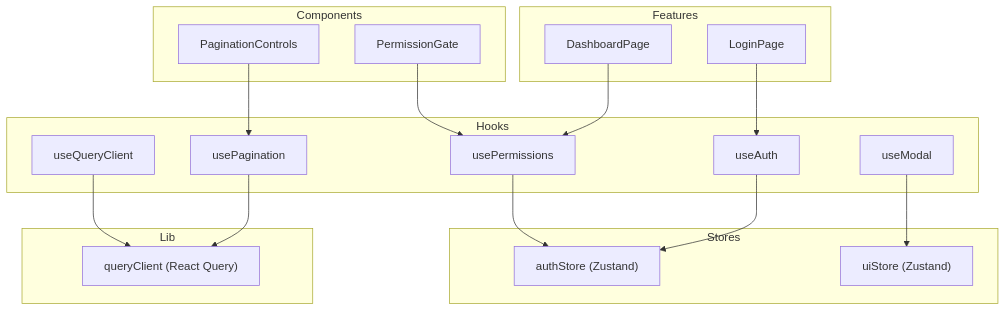
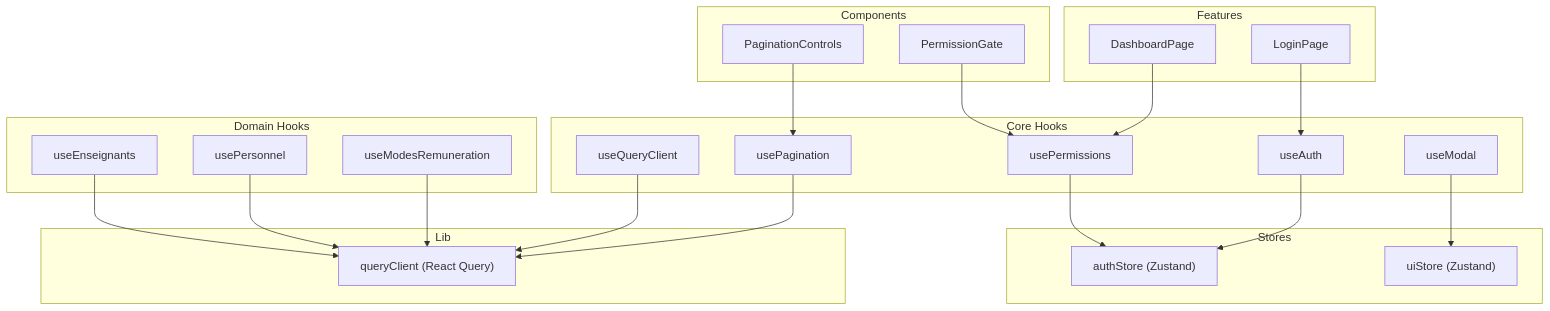
The first of 6 diagrams in .qoder/repowiki/en/content/System Architecture/Frontend Architecture/State Management/Custom Hooks Patterns.md (franckylab/eLISAschool), drawn with Mermaid before and after one commit. The commit also changed other lines of this file and 102 other files, not shown here.

````diff
--- a/.qoder/repowiki/en/content/System Architecture/Frontend Architecture/State Management/Custom Hooks Patterns.md
+++ b/.qoder/repowiki/en/content/System Architecture/Frontend Architecture/State Management/Custom Hooks Patterns.md
@@ -42,34 +53,42 @@
 ```mermaid
 graph TB
-subgraph "Hooks"
+subgraph "Core Hooks"
 H_Auth["useAuth"]
 H_Perms["usePermissions"]
 H_Pag["usePagination"]
 H_Modal["useModal"]
 H_QC["useQueryClient"]
+end
+subgraph "Domain Hooks"
+H_Remun["useModesRemuneration"]
+H_Personnel["usePersonnel"]
+H_Enseignants["useEnseignants"]
 end
 subgraph "Stores"
 S_Auth["authStore (Zustand)"]
 S_UI["uiStore (Zustand)"]
 end
 subgraph "Lib"
 L_QC["queryClient (React Query)"]
 end
 subgraph "Features"
 F_Login["LoginPage"]
 F_Dash["DashboardPage"]
 end
 subgraph "Components"
 C_Pag["PaginationControls"]
 C_Perms["PermissionGate"]
 end
 H_Auth --> S_Auth
 H_Perms --> S_Auth
 H_Modal --> S_UI
 H_Pag --> L_QC
 H_QC --> L_QC
+H_Remun --> L_QC
+H_Personnel --> L_QC
+H_Enseignants --> L_QC
 F_Login --> H_Auth
 F_Dash --> H_Perms
 C_Pag --> H_Pag
 C_Perms --> H_Perms
 ```
````
